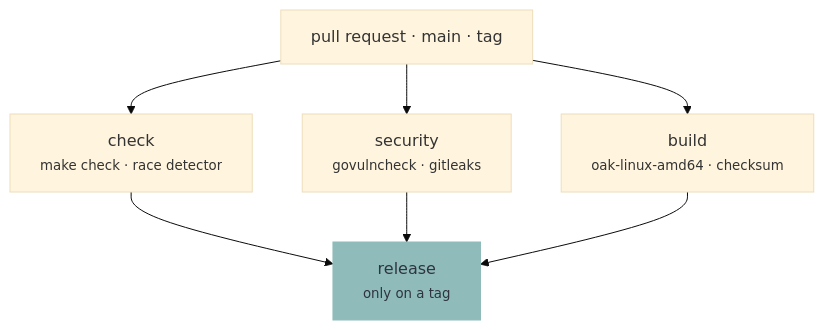
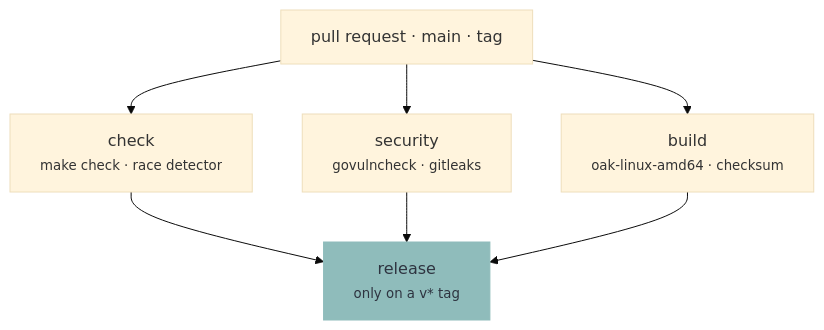
The second of 2 diagrams in docs/CONTRIBUTING.md (murkl/oak), drawn with Mermaid (base theme) before and after one commit. The commit also changed other lines of this file and 19 other files, not shown here.

````diff
--- a/docs/CONTRIBUTING.md
+++ b/docs/CONTRIBUTING.md
@@ -16,11 +57,11 @@
 ```mermaid
 flowchart TD
     P["pull request · main · tag"] --> C["check<br/><small>make check · race detector</small>"]
     P --> S["security<br/><small>govulncheck · gitleaks</small>"]
     P --> B["build<br/><small>oak-linux-amd64 · checksum</small>"]
     C --> R
     S --> R
-    B --> R["release<br/><small>only on a tag</small>"]
+    B --> R["release<br/><small>only on a v* tag</small>"]
 
     style R fill:#8fbcbb,stroke:#8fbcbb,color:#2e3440
 ```
````
